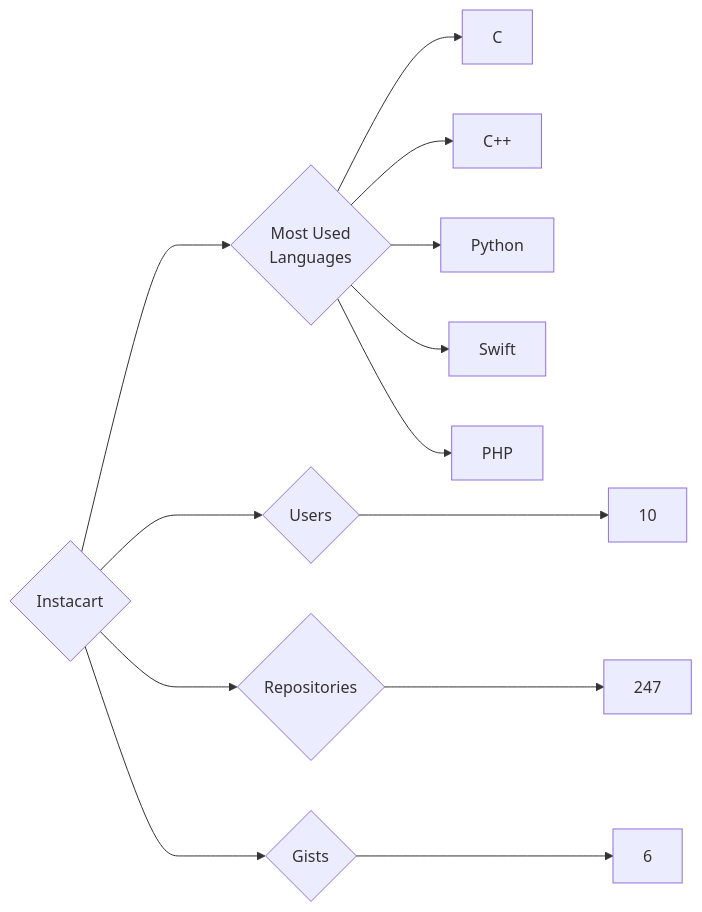
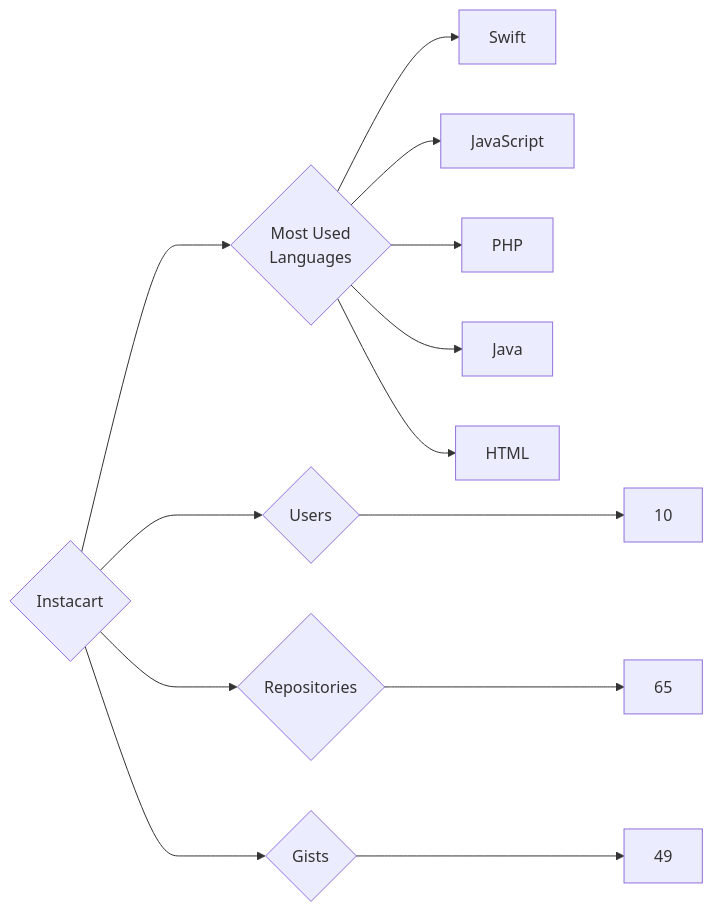
Before and after one commit to trickest/insiders: the diagram in targets/Instacart/README.md, drawn with Mermaid. The commit also changed 724 other files, not shown here.

````diff
--- a/targets/Instacart/README.md
+++ b/targets/Instacart/README.md
@@ -3,13 +3,13 @@
 ```mermaid
 graph LR
 COMPANY_NAME{Instacart}
 COMPANY_NAME ---> U{Users} ---> UN[10]
-COMPANY_NAME ---> R{Repositories} ---> RN[247]
-COMPANY_NAME ---> G{Gists} ---> GN[6]
+COMPANY_NAME ---> R{Repositories} ---> RN[65]
+COMPANY_NAME ---> G{Gists} ---> GN[49]
 COMPANY_NAME ---> ML{Most Used<br>Languages}
-ML --> C[C]
-ML --> C++[C++]
-ML --> Python[Python]
 ML --> Swift[Swift]
+ML --> JavaScript[JavaScript]
 ML --> PHP[PHP]
+ML --> Java[Java]
+ML --> HTML[HTML]
 ```
````
